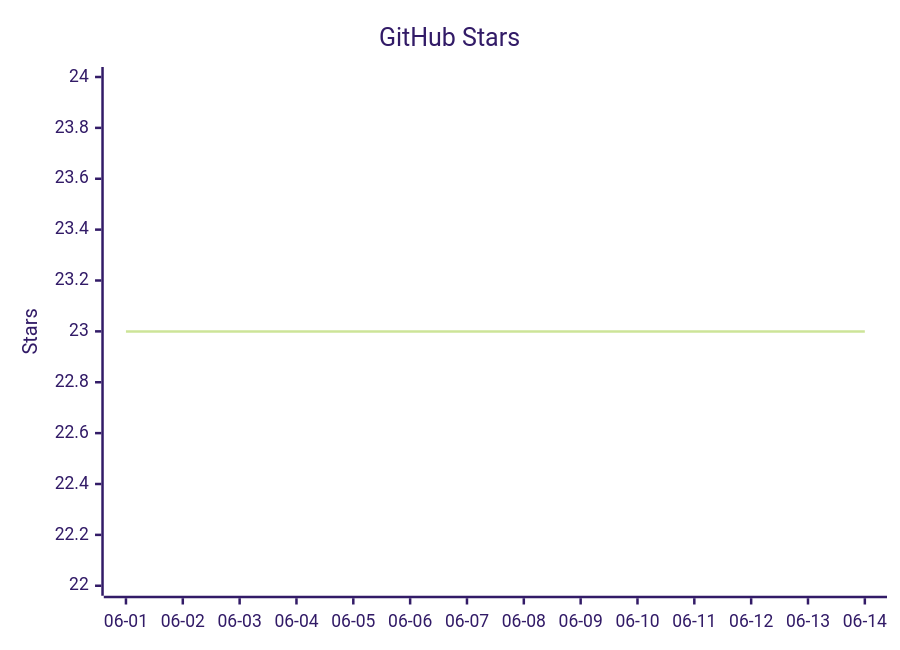
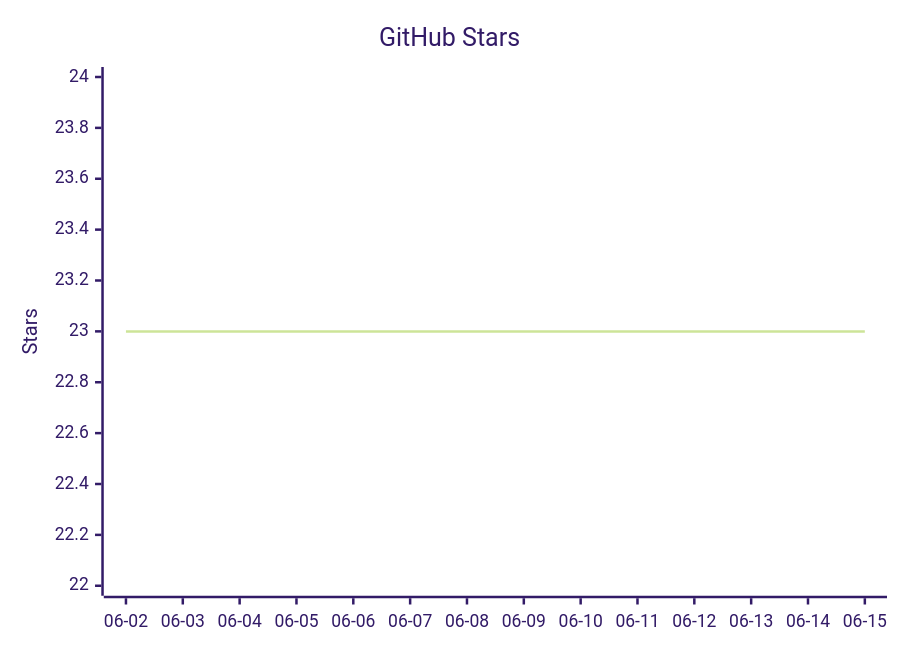
Before and after one commit to vectie/moonclaw: the diagram in README.mbt.md, drawn with Mermaid (forest theme). The commit also changed other lines of this file and 1 other file, not shown here.

Commit message:
Update README star growth

````diff
--- a/README.mbt.md
+++ b/README.mbt.md
@@ -490,7 +490,7 @@
 ```mermaid
 xychart-beta
     title "GitHub Stars"
-    x-axis ["06-01","06-02","06-03","06-04","06-05","06-06","06-07","06-08","06-09","06-10","06-11","06-12","06-13","06-14"]
+    x-axis ["06-02","06-03","06-04","06-05","06-06","06-07","06-08","06-09","06-10","06-11","06-12","06-13","06-14","06-15"]
     y-axis "Stars" 22 --> 24
     line [23,23,23,23,23,23,23,23,23,23,23,23,23,23]
 ```
````
